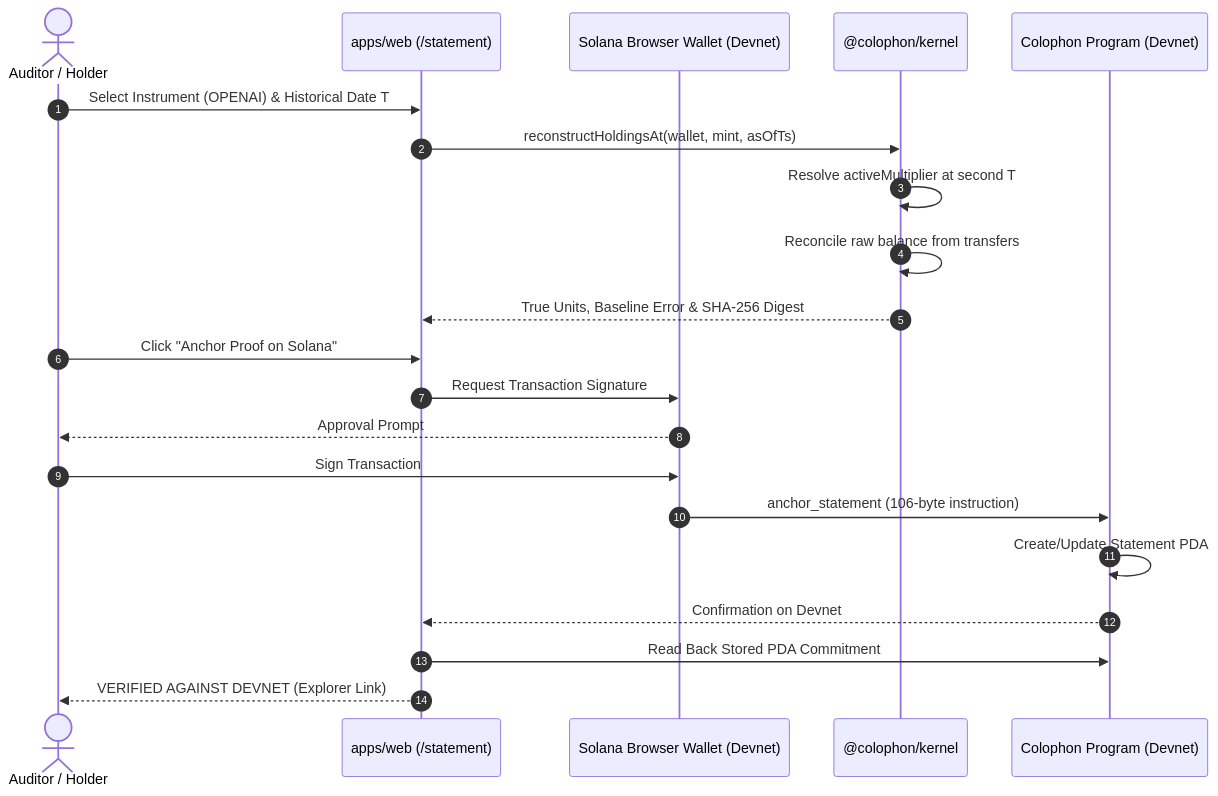
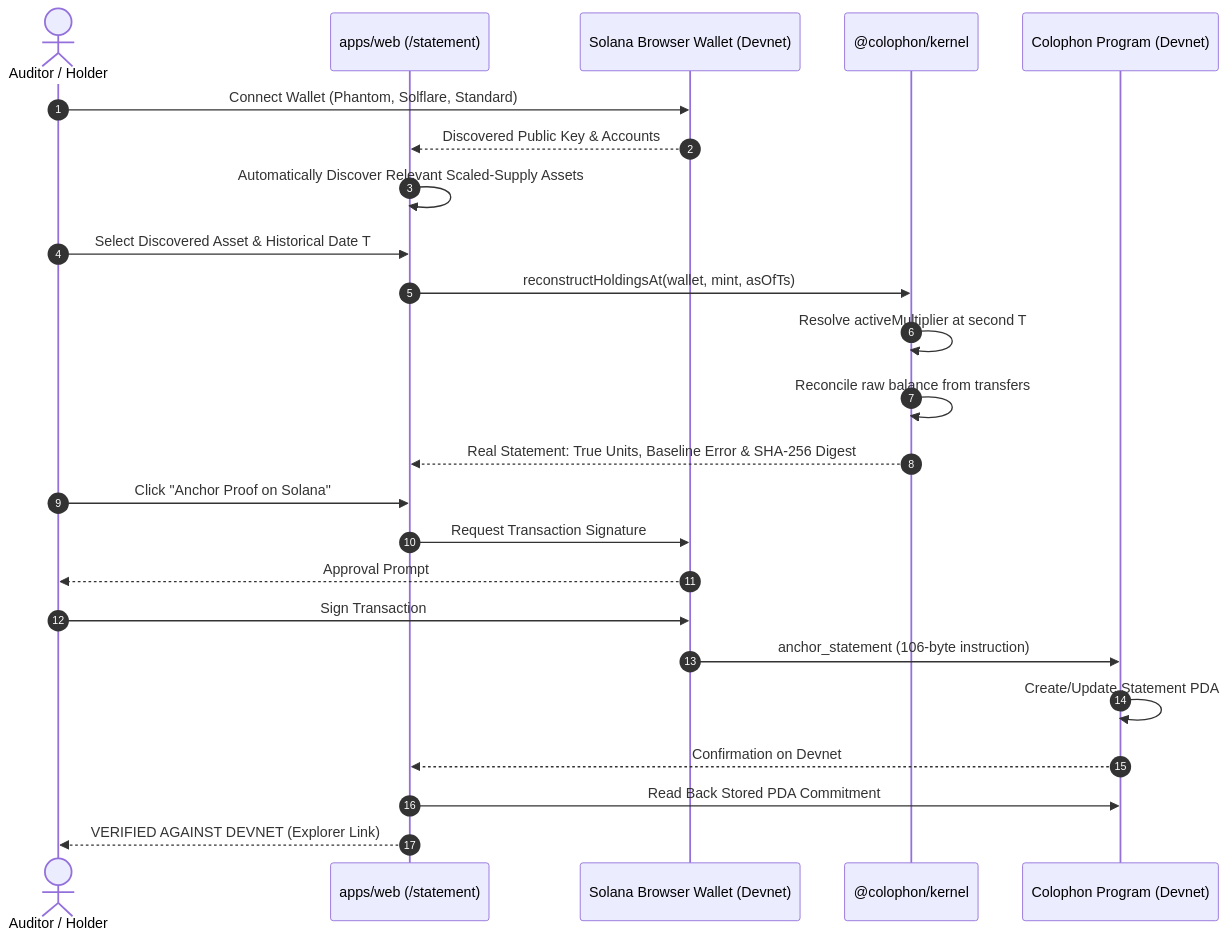
The second of 2 diagrams in README.md (0xkinno/colophon), drawn with Mermaid before and after one commit. The commit also changed other lines of this file and 12 other files, not shown here.

````diff
--- a/README.md
+++ b/README.md
@@ -134,24 +148,27 @@
 ```mermaid
 sequenceDiagram
     autonumber
     actor User as Auditor / Holder
     participant Web as apps/web (/statement)
     participant Wallet as Solana Browser Wallet (Devnet)
     participant Kernel as @colophon/kernel
     participant Program as Colophon Program (Devnet)
     
-    User->>Web: Select Instrument (OPENAI) & Historical Date T
+    User->>Wallet: Connect Wallet (Phantom, Solflare, Standard)
+    Wallet-->>Web: Discovered Public Key & Accounts
+    Web->>Web: Automatically Discover Relevant Scaled-Supply Assets
+    User->>Web: Select Discovered Asset & Historical Date T
     Web->>Kernel: reconstructHoldingsAt(wallet, mint, asOfTs)
     Kernel->>Kernel: Resolve activeMultiplier at second T
     Kernel->>Kernel: Reconcile raw balance from transfers
-    Kernel-->>Web: True Units, Baseline Error & SHA-256 Digest
+    Kernel-->>Web: Real Statement: True Units, Baseline Error & SHA-256 Digest
     User->>Web: Click "Anchor Proof on Solana"
     Web->>Wallet: Request Transaction Signature
     Wallet-->>User: Approval Prompt
     User->>Wallet: Sign Transaction
     Wallet->>Program: anchor_statement (106-byte instruction)
     Program->>Program: Create/Update Statement PDA
     Program-->>Web: Confirmation on Devnet
     Web->>Program: Read Back Stored PDA Commitment
     Web-->>User: VERIFIED AGAINST DEVNET (Explorer Link)
 ```
````
